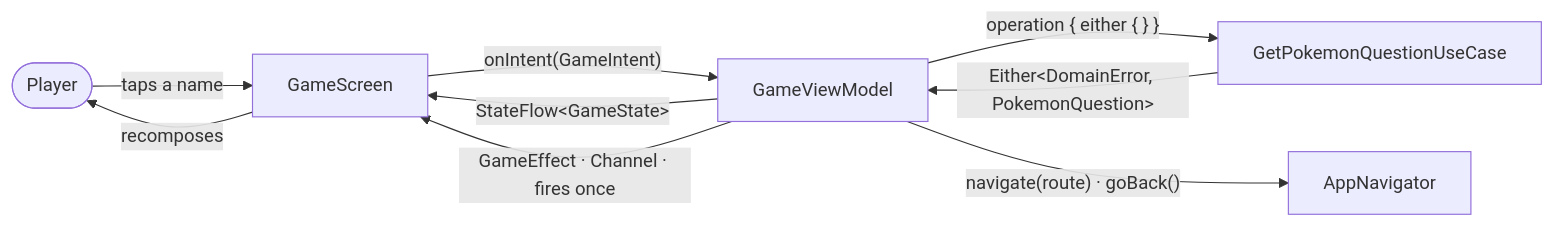
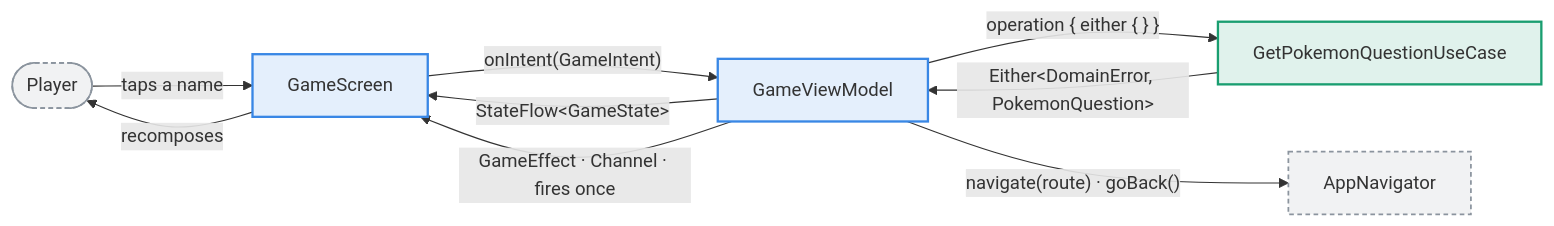
The second of 3 diagrams in README.md (chrisjc29/PokeDexMulti), drawn with Mermaid before and after one commit. The commit also changed other lines of this file and 1 other file, not shown here.

First line of the commit message:
Colour-code the architecture diagrams

````diff
--- a/README.md
+++ b/README.md
@@ -81,17 +98,24 @@
 ```mermaid
 flowchart LR
     USER(["Player"])
     SCREEN["GameScreen"]
     VM["GameViewModel"]
     UC["GetPokemonQuestionUseCase"]
     NAV["AppNavigator"]
 
     USER -->|"taps a name"| SCREEN
     SCREEN -->|"onIntent(GameIntent)"| VM
     VM -->|"operation { either { } }"| UC
     UC -->|"Either&lt;DomainError, PokemonQuestion&gt;"| VM
     VM -->|"StateFlow&lt;GameState&gt;"| SCREEN
     VM -->|"GameEffect · Channel · fires once"| SCREEN
     VM -->|"navigate(route) · goBack()"| NAV
     SCREEN -->|"recomposes"| USER
+
+    classDef pres fill:#3987e522,stroke:#3987e5,stroke-width:2px
+    classDef dom fill:#199e7022,stroke:#199e70,stroke-width:2px
+    classDef infra fill:#8b949e1f,stroke:#8b949e,stroke-width:1.5px,stroke-dasharray:4 3
+    class SCREEN,VM pres
+    class UC dom
+    class NAV,USER infra
 ```
````
